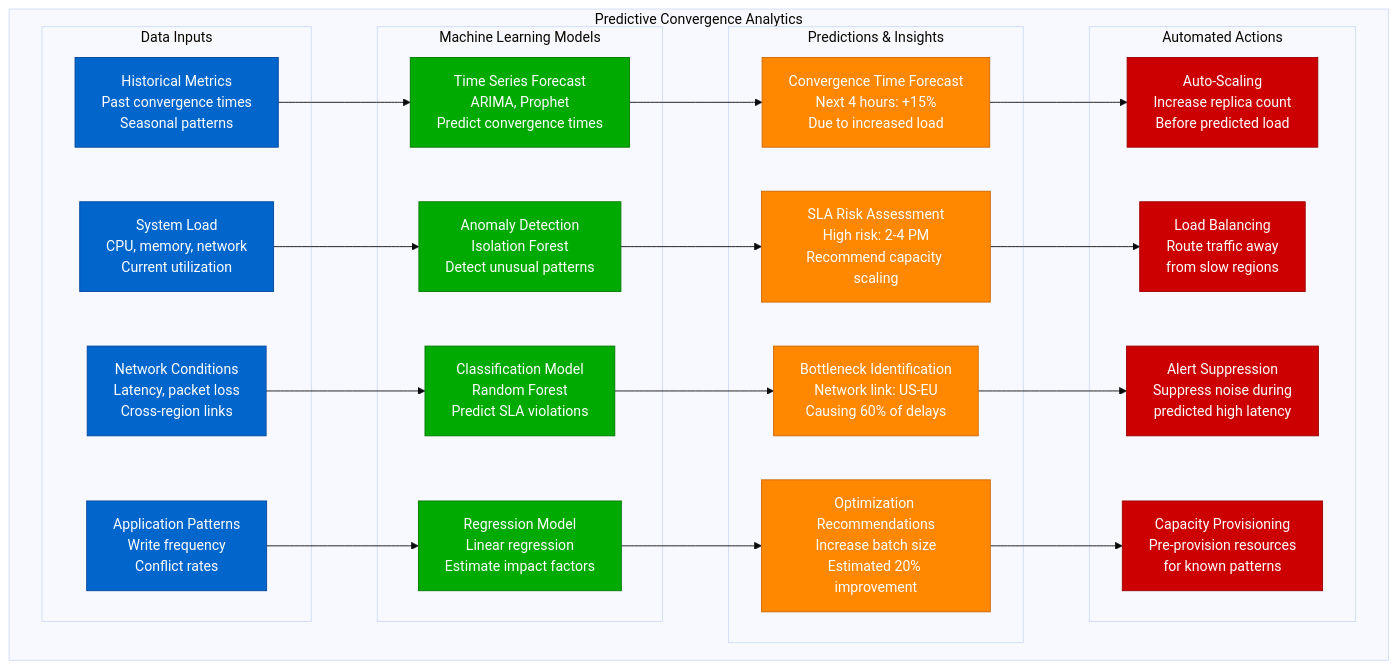
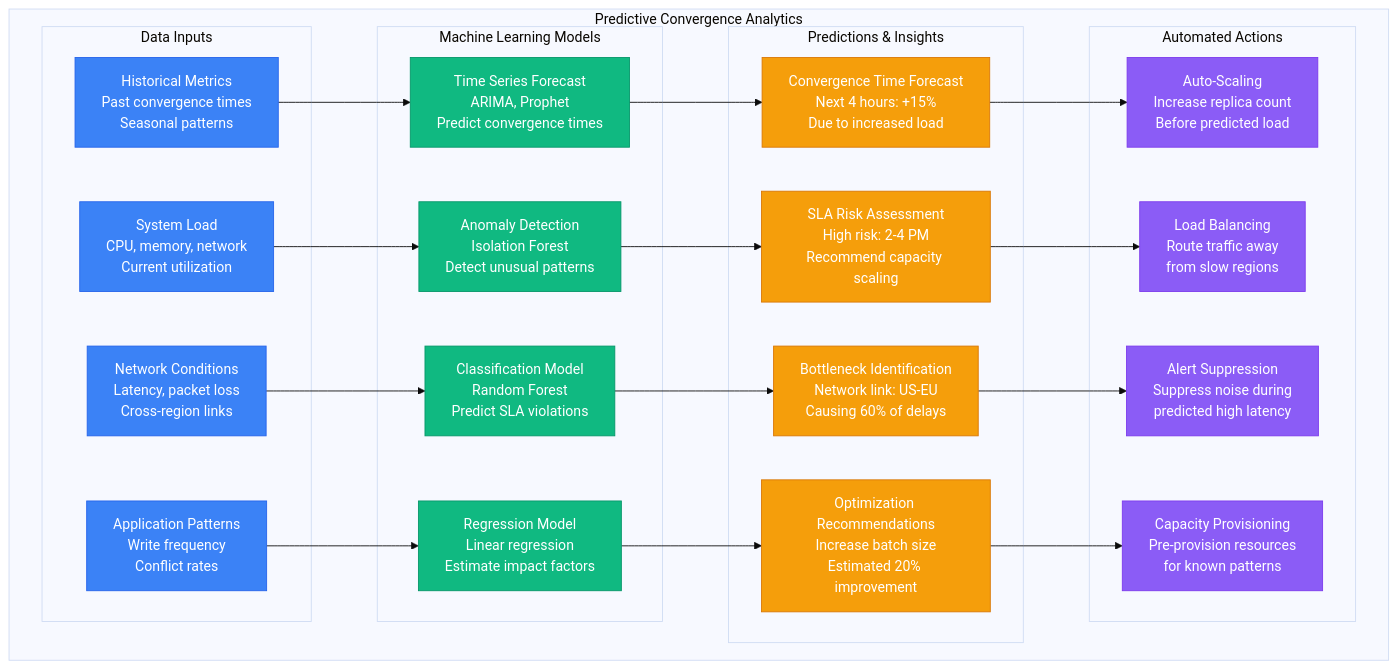
Before and after one commit to deepaucksharma/DS: the eighth of 8 diagrams in site/docs/guarantees/eventual-consistency/eventual-consistency-metrics.md, drawn with Mermaid (base theme). The commit also changed other lines of this file and 303 other files, not shown here.

````diff
--- a/site/docs/guarantees/eventual-consistency/eventual-consistency-metrics.md
+++ b/site/docs/guarantees/eventual-consistency/eventual-consistency-metrics.md
@@ -533,47 +533,47 @@
 ```mermaid
 graph TB
     subgraph PredictiveAnalytics[Predictive Convergence Analytics]
         subgraph DataInputs[Data Inputs]
             DI1[Historical Metrics<br/>Past convergence times<br/>Seasonal patterns]
             DI2[System Load<br/>CPU, memory, network<br/>Current utilization]
             DI3[Network Conditions<br/>Latency, packet loss<br/>Cross-region links]
             DI4[Application Patterns<br/>Write frequency<br/>Conflict rates]
         end
 
         subgraph MLModels[Machine Learning Models]
             ML1[Time Series Forecast<br/>ARIMA, Prophet<br/>Predict convergence times]
             ML2[Anomaly Detection<br/>Isolation Forest<br/>Detect unusual patterns]
             ML3[Classification Model<br/>Random Forest<br/>Predict SLA violations]
             ML4[Regression Model<br/>Linear regression<br/>Estimate impact factors]
         end
 
         subgraph Predictions[Predictions & Insights]
             P1[Convergence Time Forecast<br/>Next 4 hours: +15%<br/>Due to increased load]
             P2[SLA Risk Assessment<br/>High risk: 2-4 PM<br/>Recommend capacity scaling]
             P3[Bottleneck Identification<br/>Network link: US-EU<br/>Causing 60% of delays]
             P4[Optimization Recommendations<br/>Increase batch size<br/>Estimated 20% improvement]
         end
 
         subgraph AutomatedActions[Automated Actions]
             AA1[Auto-Scaling<br/>Increase replica count<br/>Before predicted load]
             AA2[Load Balancing<br/>Route traffic away<br/>from slow regions]
             AA3[Alert Suppression<br/>Suppress noise during<br/>predicted high latency]
             AA4[Capacity Provisioning<br/>Pre-provision resources<br/>for known patterns]
         end
     end
 
     DI1 --> ML1 --> P1 --> AA1
     DI2 --> ML2 --> P2 --> AA2
     DI3 --> ML3 --> P3 --> AA3
     DI4 --> ML4 --> P4 --> AA4
 
-    classDef inputStyle fill:#0066CC,stroke:#004499,color:#fff
-    classDef mlStyle fill:#00AA00,stroke:#007700,color:#fff
-    classDef predictionStyle fill:#FF8800,stroke:#CC6600,color:#fff
-    classDef actionStyle fill:#CC0000,stroke:#990000,color:#fff
+    classDef inputStyle fill:#3B82F6,stroke:#2563EB,color:#fff
+    classDef mlStyle fill:#10B981,stroke:#059669,color:#fff
+    classDef predictionStyle fill:#F59E0B,stroke:#D97706,color:#fff
+    classDef actionStyle fill:#8B5CF6,stroke:#7C3AED,color:#fff
 
     class DI1,DI2,DI3,DI4 inputStyle
     class ML1,ML2,ML3,ML4 mlStyle
     class P1,P2,P3,P4 predictionStyle
     class AA1,AA2,AA3,AA4 actionStyle
 ```
````
